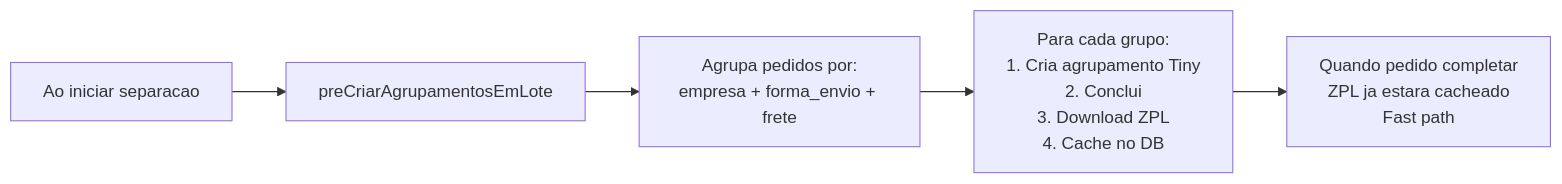
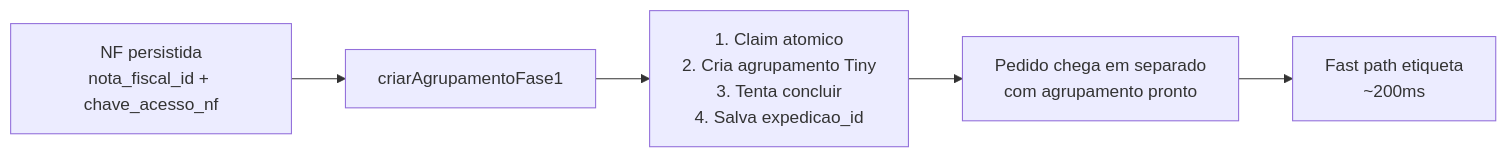
Before and after one commit to Eryk-dev/estoquelever: the tenth of 17 diagrams in docs/fluxos-siso.md, drawn with Mermaid. The commit also changed other lines of this file and 4 other files, not shown here.

````diff
--- a/docs/fluxos-siso.md
+++ b/docs/fluxos-siso.md
@@ -470,7 +480,7 @@
 ```mermaid
 flowchart LR
-    A["Ao iniciar separacao"] --> B["preCriarAgrupamentosEmLote"]
-    B --> C["Agrupa pedidos por:<br/>empresa + forma_envio + frete"]
-    C --> D["Para cada grupo:<br/>1. Cria agrupamento Tiny<br/>2. Conclui<br/>3. Download ZPL<br/>4. Cache no DB"]
-    D --> E["Quando pedido completar<br/>ZPL ja estara cacheado<br/>Fast path"]
+    A["NF persistida<br/>nota_fiscal_id + chave_acesso_nf"] --> B["criarAgrupamentoFase1"]
+    B --> C["1. Claim atomico<br/>2. Cria agrupamento Tiny<br/>3. Tenta concluir<br/>4. Salva expedicao_id"]
+    C --> D["Pedido chega em separado<br/>com agrupamento pronto"]
+    D --> E["Fast path etiqueta<br/>~200ms"]
 ```
````
